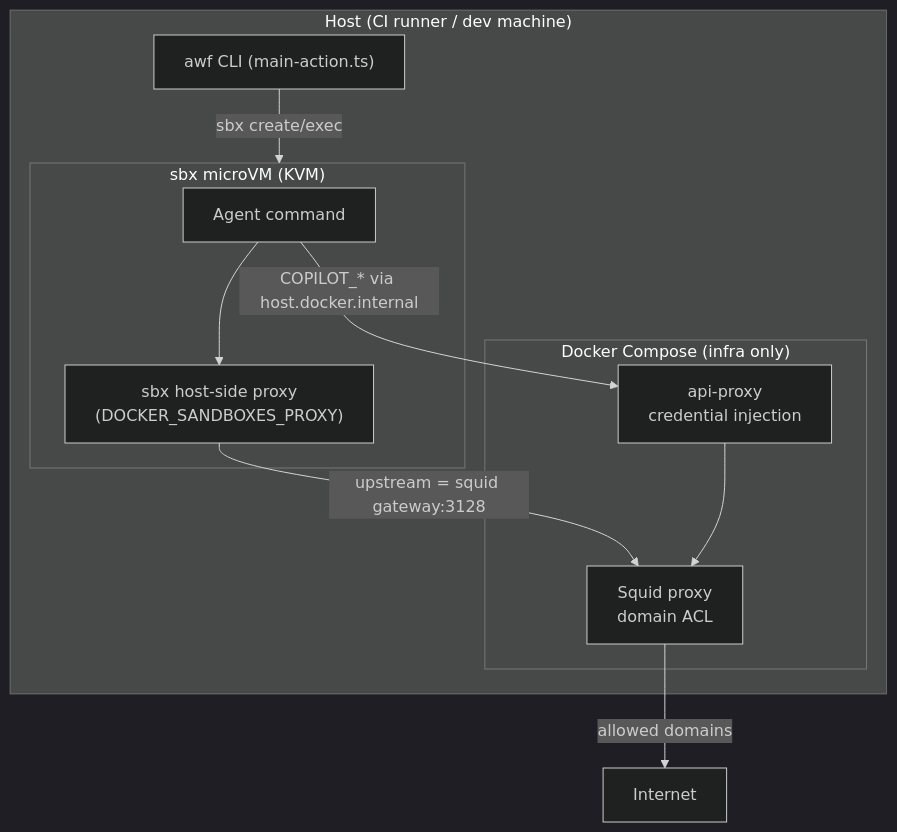
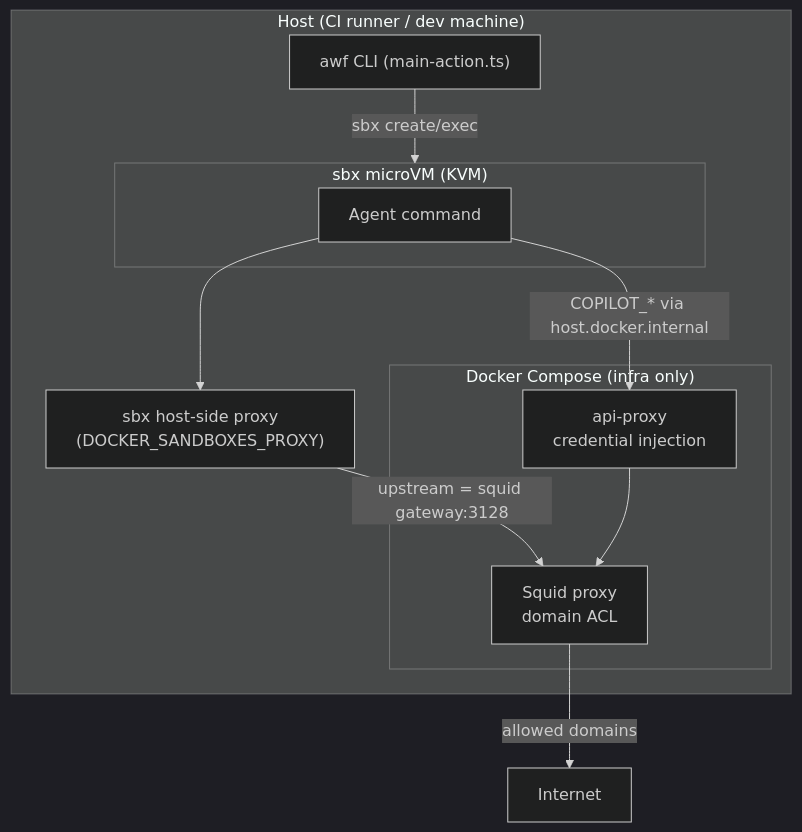
One commit to github/gh-aw-firewall changed the diagram in docs/sbx-integration.md. Above: the diagram before and after it, drawn with Mermaid (dark theme).

Commit message:
Potential fix for pull request finding

````diff
--- a/docs/sbx-integration.md
+++ b/docs/sbx-integration.md
@@ -203,20 +203,20 @@
 ```mermaid
 flowchart TB
   subgraph host["Host (CI runner / dev machine)"]
     cli["awf CLI (main-action.ts)"]
+    sbxproxy["sbx host-side proxy<br/>(DOCKER_SANDBOXES_PROXY)"]
     subgraph compose["Docker Compose (infra only)"]
       squid["Squid proxy<br/>domain ACL"]
       apiproxy["api-proxy<br/>credential injection"]
     end
     subgraph vm["sbx microVM (KVM)"]
       agent["Agent command"]
-      sbxproxy["sbx host-side proxy<br/>(DOCKER_SANDBOXES_PROXY)"]
-      agent --> sbxproxy
     end
   end
   cli -->|sbx create/exec| vm
+  agent --> sbxproxy
   sbxproxy -->|upstream = squid gateway:3128| squid
   agent -->|COPILOT_* via host.docker.internal| apiproxy
   apiproxy --> squid
   squid -->|allowed domains| internet["Internet"]
 ```
````
